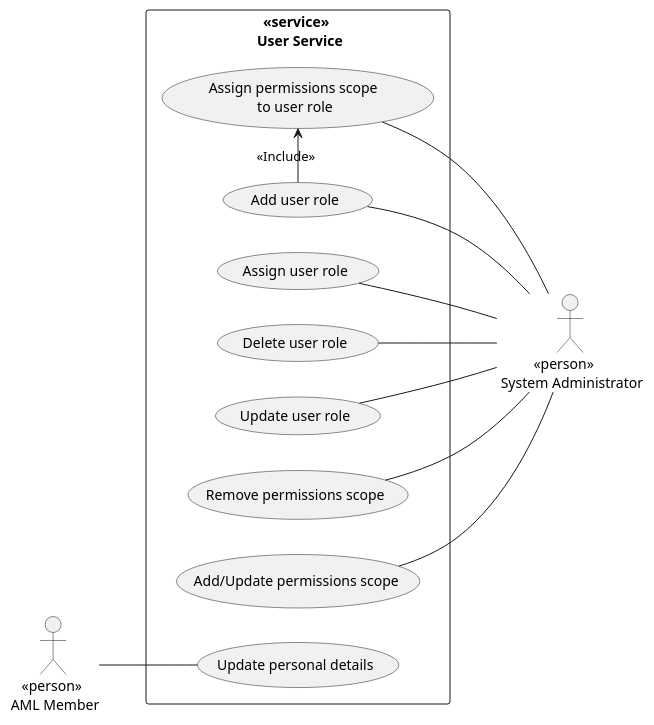
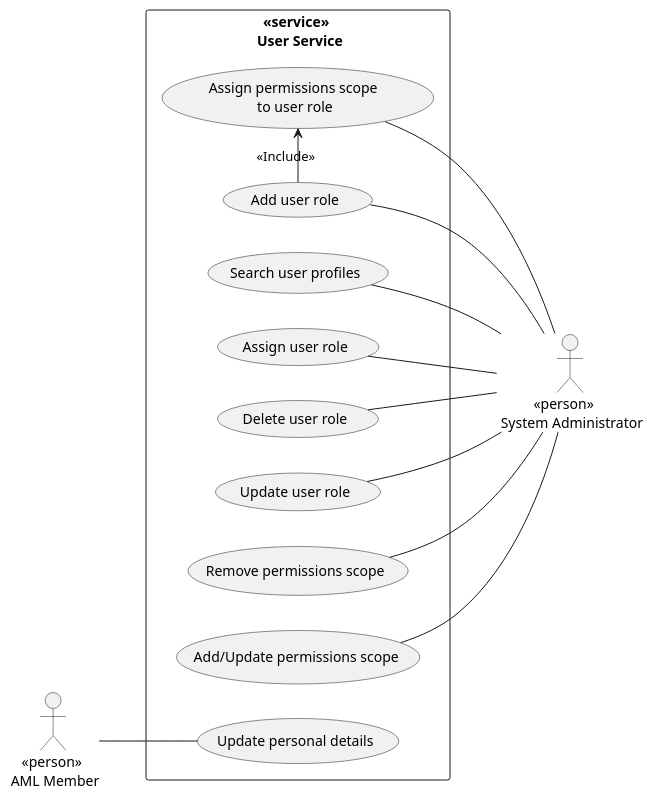
One commit to Nox-iv/group-11 changed the diagram in documentation/use-cases/user-profile/user-profile.puml. Above: the diagram before and after it, drawn with PlantUML. The commit also changed 1 other file, not shown here.

Commit message:
Add search user profiles capability to sysadmin.

```diff
--- a/documentation/use-cases/user-profile/user-profile.puml
+++ b/documentation/use-cases/user-profile/user-profile.puml
@@ -1,32 +1,34 @@
 @startuml user-profile
 left to right direction
 
 rectangle "<<service>> \n User Service" {
     (Update personal details) as update_personal_details
     (Add/Update permissions scope) as add_update_scope
     (Remove permissions scope) as remove_scope
     (Assign permissions scope \nto user role) as assign_scope
     (Add user role) as add_role
     (Update user role) as update_role
     (Delete user role) as delete_role
     (Assign user role) as assign_role
+    (Search user profiles) as search_profiles
 }
 
 :    <<person>> \n AML Member: as aml_member 
 :          <<person>> \n System Administrator: as sys_admin
 
 aml_member -d- update_personal_details
 
 sys_admin -u- add_update_scope
 sys_admin -u- remove_scope
 sys_admin -u- assign_scope
 sys_admin -u- add_role
 sys_admin -u- update_role
 sys_admin -u- delete_role
 sys_admin -u- assign_role
+sys_admin -u- search_profiles
 
 add_role -r-> assign_scope: <<Include>>
 
 
 
 @enduml
```
